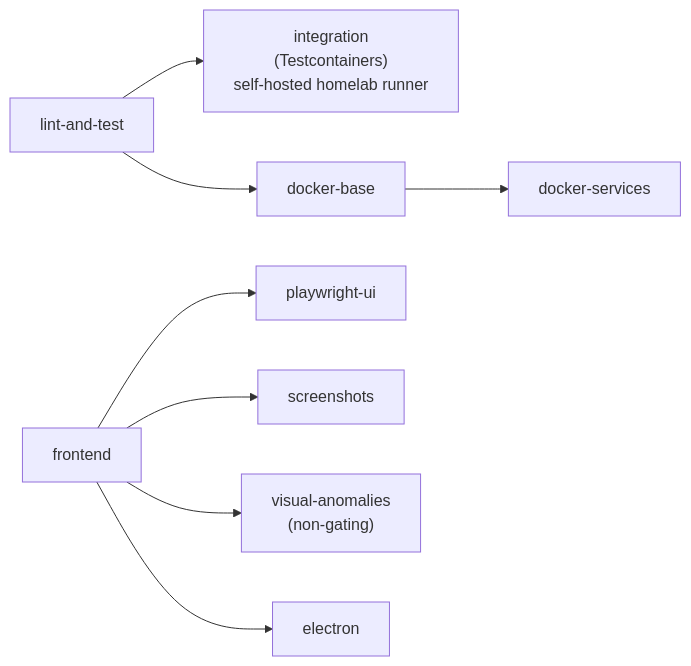
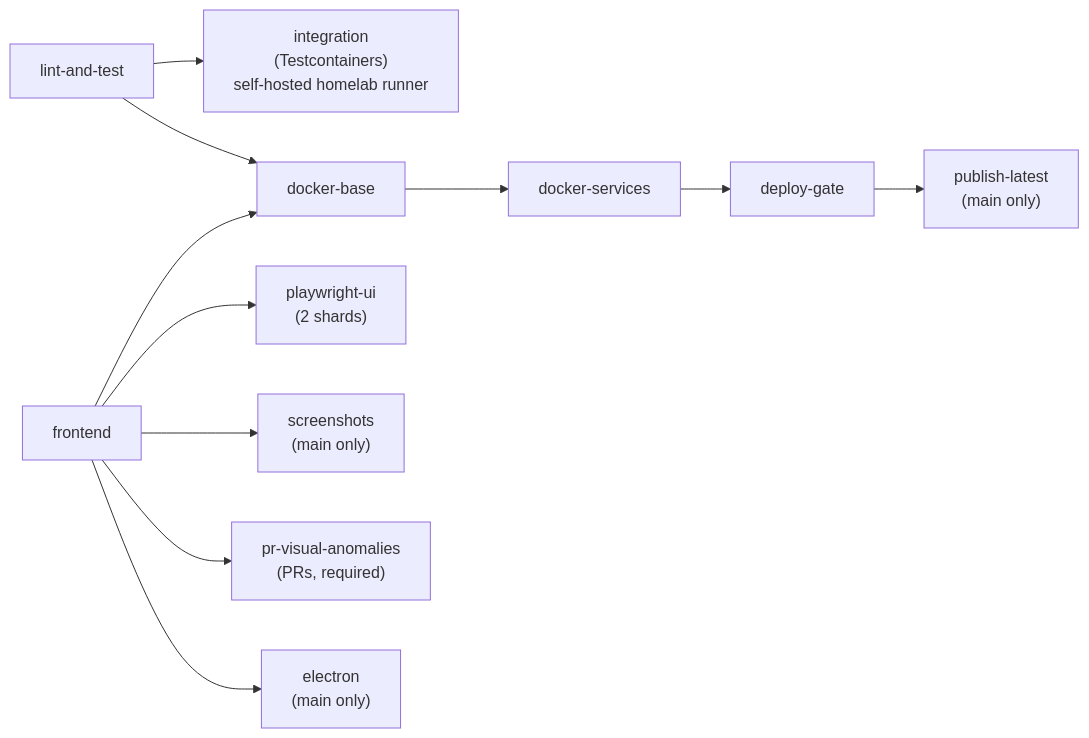
The third of 3 diagrams in docs/site/src/content/docs/development/testing/index.mdx (milesburton/veta-trading-platform), drawn with Mermaid before and after one commit. The commit also changed other lines of this file and 6 other files, not shown here.

````diff
--- a/docs/site/src/content/docs/development/testing/index.mdx
+++ b/docs/site/src/content/docs/development/testing/index.mdx
@@ -147,9 +147,11 @@
 ```mermaid
 graph LR
     LT["lint-and-test"] --> INT["integration<br/>(Testcontainers)<br/>self-hosted homelab runner"]
-    LT --> DB["docker-base"] --> DS["docker-services"]
-    FE["frontend"] --> PW["playwright-ui"]
-    FE --> SS["screenshots"]
-    FE --> VA["visual-anomalies<br/>(non-gating)"]
-    FE --> EL["electron"]
+    LT --> DB["docker-base"]
+    FE["frontend"] --> DB
+    DB --> DS["docker-services"] --> DG["deploy-gate"] --> PL["publish-latest<br/>(main only)"]
+    FE --> PW["playwright-ui<br/>(2 shards)"]
+    FE --> SS["screenshots<br/>(main only)"]
+    FE --> VA["pr-visual-anomalies<br/>(PRs, required)"]
+    FE --> EL["electron<br/>(main only)"]
 ```
````
